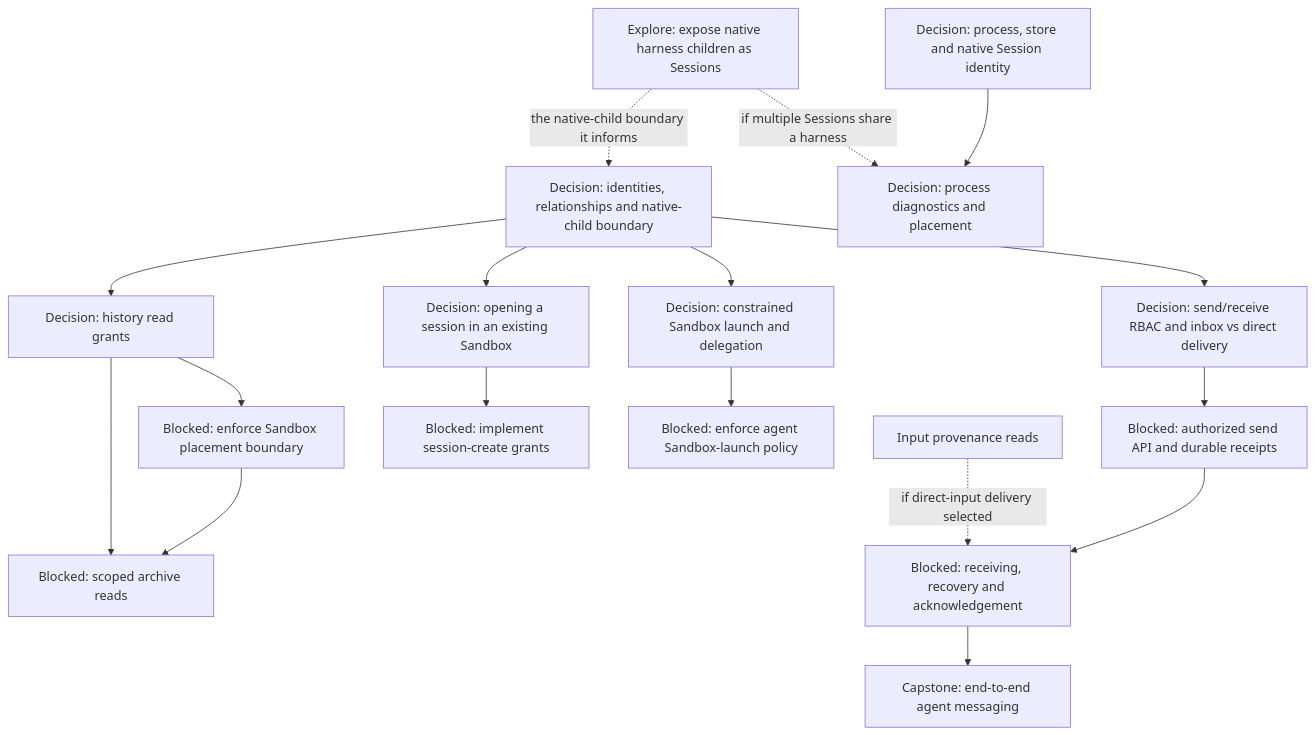
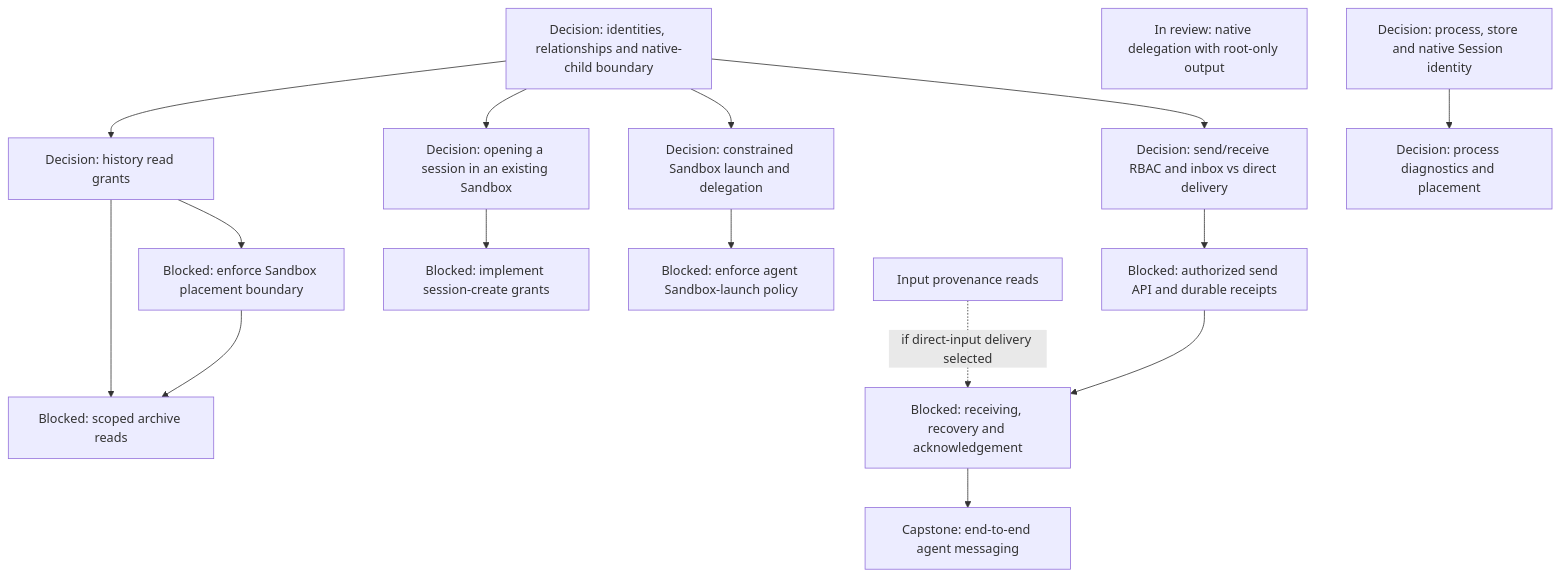
The fifth of 16 diagrams in agentplane/plans/task_dag.md (agentydragon-agent/ducktape), drawn with Mermaid before and after one commit. The commit also changed other lines of this file and 4 other files, not shown here.

Commit message:
Retire completed native subagent research from the task DAG

````diff
--- a/agentplane/plans/task_dag.md
+++ b/agentplane/plans/task_dag.md
@@ -215,34 +215,32 @@
 ```mermaid
 flowchart TD
     MULTIAGENT_MODEL[Decision: identities, relationships and native-child boundary]
     THREAD_READ_POLICY_DESIGN[Decision: history read grants]
     SANDBOX_COMPARTMENT_BOUNDARY[Blocked: enforce Sandbox placement boundary]
     THREAD_READ_POLICY[Blocked: scoped archive reads]
     AGENT_MESSAGING_DESIGN[Decision: send/receive RBAC and inbox vs direct delivery]
     AGENT_MESSAGE_INGRESS[Blocked: authorized send API and durable receipts]
     AGENT_MESSAGE_RECEPTION[Blocked: receiving, recovery and acknowledgement]
     AGENT_MESSAGING[Capstone: end-to-end agent messaging]
     THREAD_CREATE_POLICY[Decision: opening a session in an existing Sandbox]
     THREAD_CREATE_AUTHORIZATION[Blocked: implement session-create grants]
     AGENT_LAUNCH_POLICY_DESIGN[Decision: constrained Sandbox launch and delegation]
     AGENT_SANDBOX_LAUNCH[Blocked: enforce agent Sandbox-launch policy]
     MULTIAGENT_MODEL --> THREAD_READ_POLICY_DESIGN
     MULTIAGENT_MODEL --> AGENT_MESSAGING_DESIGN
     MULTIAGENT_MODEL --> THREAD_CREATE_POLICY
     MULTIAGENT_MODEL --> AGENT_LAUNCH_POLICY_DESIGN
     THREAD_READ_POLICY_DESIGN --> SANDBOX_COMPARTMENT_BOUNDARY
     THREAD_READ_POLICY_DESIGN --> THREAD_READ_POLICY
     SANDBOX_COMPARTMENT_BOUNDARY --> THREAD_READ_POLICY
     AGENT_MESSAGING_DESIGN --> AGENT_MESSAGE_INGRESS
     SESSION_INPUT_METADATA_READ[Input provenance reads] -. if direct-input delivery selected .-> AGENT_MESSAGE_RECEPTION
     AGENT_MESSAGE_INGRESS --> AGENT_MESSAGE_RECEPTION
     AGENT_MESSAGE_RECEPTION --> AGENT_MESSAGING
     THREAD_CREATE_POLICY --> THREAD_CREATE_AUTHORIZATION
     AGENT_LAUNCH_POLICY_DESIGN --> AGENT_SANDBOX_LAUNCH
-    NATIVE_SUBAGENT_EXPOSURE[Explore: expose native harness children as Sessions]
+    NATIVE_SUBAGENT_ENABLE[In review: native delegation with root-only output]
     RUNNER_HARNESS_OBJECTS_DESIGN[Decision: process diagnostics and placement]
     HARNESS_IDENTITY_DESIGN[Decision: process, store and native Session identity]
-    NATIVE_SUBAGENT_EXPOSURE -. if multiple Sessions share a harness .-> RUNNER_HARNESS_OBJECTS_DESIGN
-    NATIVE_SUBAGENT_EXPOSURE -. the native-child boundary it informs .-> MULTIAGENT_MODEL
     HARNESS_IDENTITY_DESIGN --> RUNNER_HARNESS_OBJECTS_DESIGN
 ```
````
